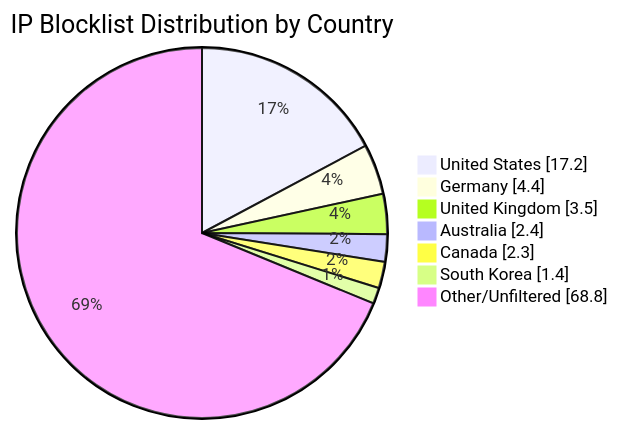
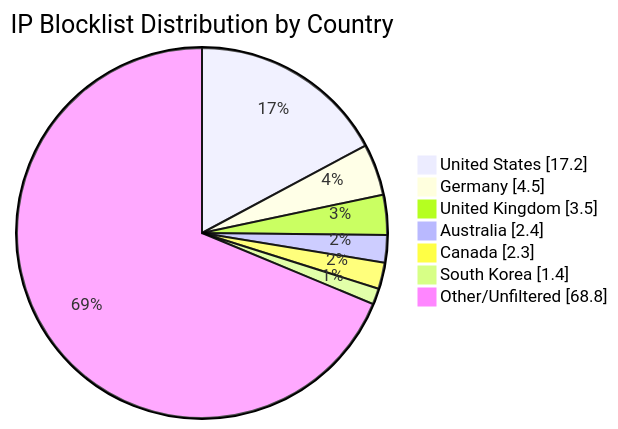
One commit to MarcusHoltz/ipblocklist-geofiltered-aggregator changed the diagram in README.md. Above: the diagram before and after it, drawn with Mermaid. The commit also changed other lines of this file and 9 other files, not shown here.

````diff
--- a/README.md
+++ b/README.md
@@ -34,10 +34,10 @@
 ```mermaid
 pie showData title IP Blocklist Distribution by Country
 "United States" : 17.2
-"Germany" : 4.4
+"Germany" : 4.5
 "United Kingdom" : 3.5
 "Australia" : 2.4
 "Canada" : 2.3
 "South Korea" : 1.4
 "Other/Unfiltered" : 68.8
 ```
````
